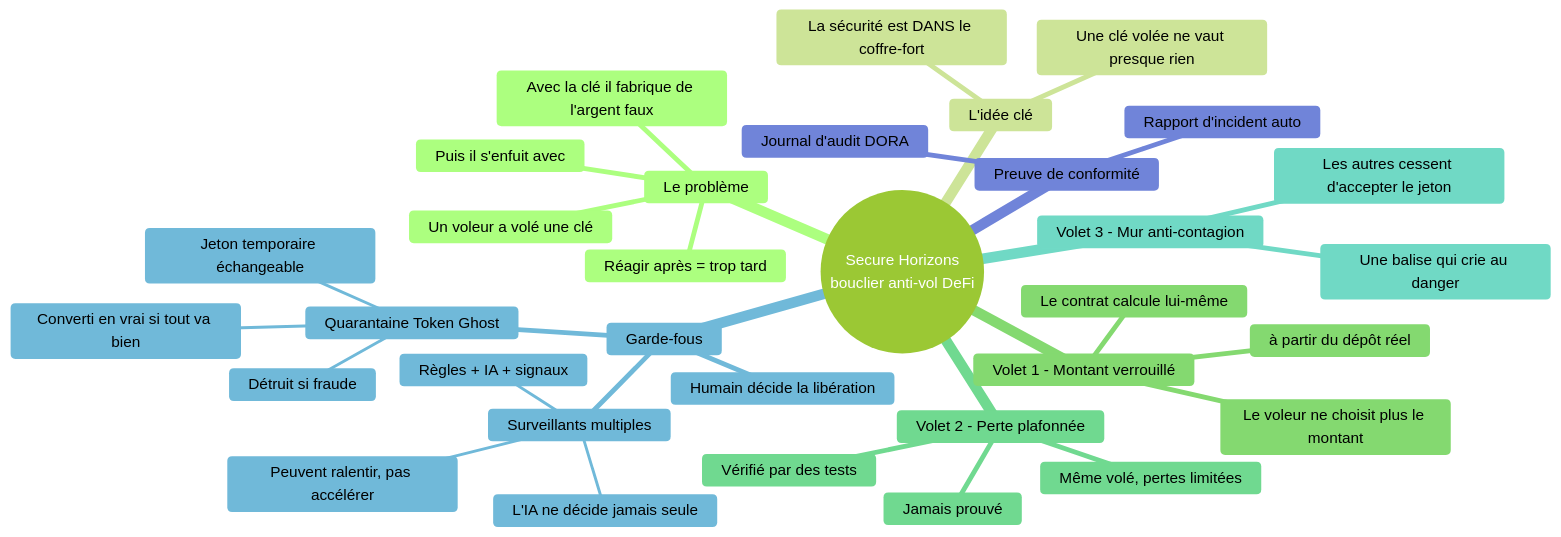
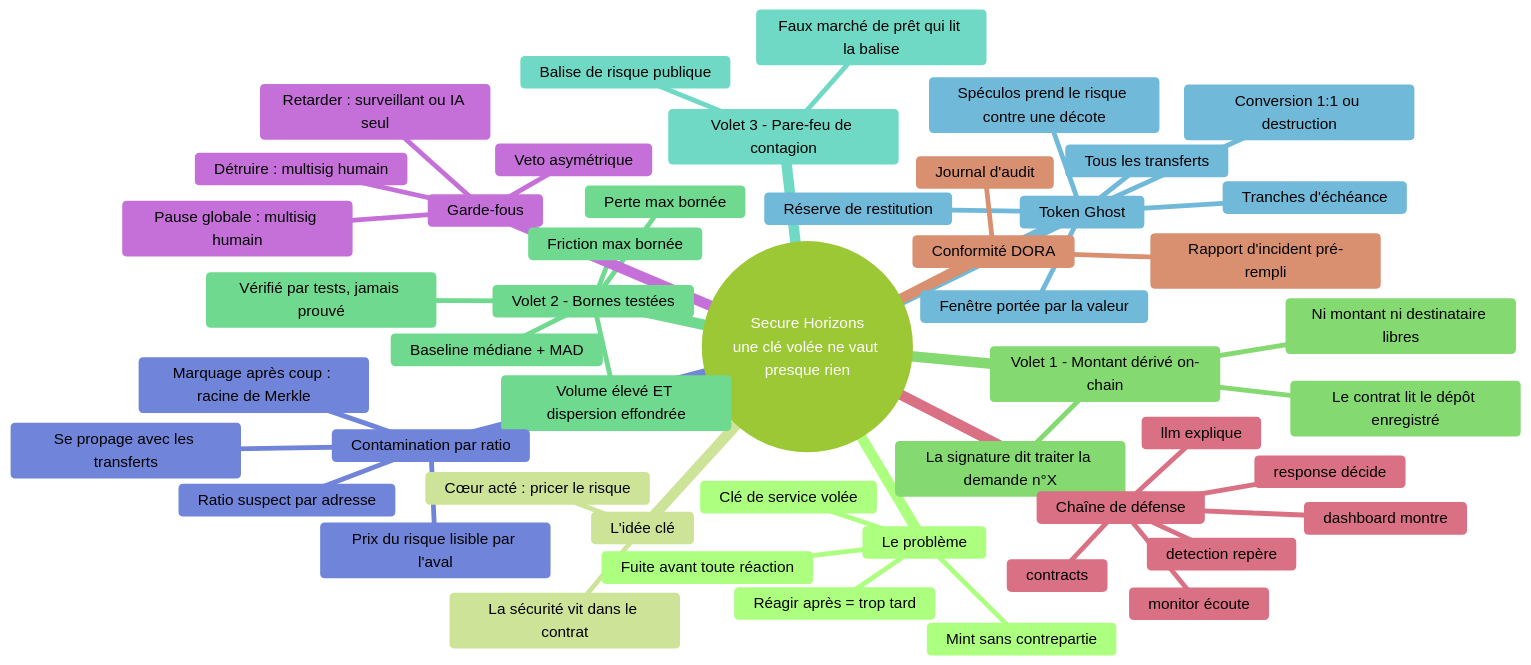
Before and after one commit to marceaupatu123/secure-horizons: the diagram in docs-site/mindmap.mmd, drawn with Mermaid (forest theme). The commit also changed 29 other files, not shown here.

```diff
--- a/docs-site/mindmap.mmd
+++ b/docs-site/mindmap.mmd
@@ -1,34 +1,50 @@
 mindmap
-  root((Secure Horizons<br/>bouclier anti-vol DeFi))
+  root((Secure Horizons<br/>une clé volée ne vaut presque rien))
     Le problème
-      Un voleur a volé une clé
-      Avec la clé il fabrique de l'argent faux
-      Puis il s'enfuit avec
+      Clé de service volée
+      Mint sans contrepartie
+      Fuite avant toute réaction
       Réagir après = trop tard
     L'idée clé
-      La sécurité est DANS le coffre-fort
-      Une clé volée ne vaut presque rien
-    Volet 1 - Montant verrouillé
-      Le voleur ne choisit plus le montant
-      Le contrat calcule lui-même
-      à partir du dépôt réel
-    Volet 2 - Perte plafonnée
-      Même volé, pertes limitées
-      Vérifié par des tests
-      Jamais prouvé
-    Volet 3 - Mur anti-contagion
-      Une balise qui crie au danger
-      Les autres cessent d'accepter le jeton
+      La sécurité vit dans le contrat
+      Cœur acté : pricer le risque
+    Volet 1 - Montant dérivé on-chain
+      La signature dit traiter la demande n°X
+      Le contrat lit le dépôt enregistré
+      Ni montant ni destinataire libres
+    Volet 2 - Bornes testées
+      Perte max bornée
+      Friction max bornée
+      Baseline médiane + MAD
+      Volume élevé ET dispersion effondrée
+      Vérifié par tests, jamais prouvé
+    Volet 3 - Pare-feu de contagion
+      Balise de risque publique
+      Faux marché de prêt qui lit la balise
+    Token Ghost
+      Tous les transferts
+      Fenêtre portée par la valeur
+      Tranches d'échéance
+      Conversion 1:1 ou destruction
+      Réserve de restitution
+      Spéculos prend le risque contre une décote
+    Contamination par ratio
+      Ratio suspect par adresse
+      Se propage avec les transferts
+      Prix du risque lisible par l'aval
+      Marquage après coup : racine de Merkle
     Garde-fous
-      Quarantaine Token Ghost
-        Jeton temporaire échangeable
-        Converti en vrai si tout va bien
-        Détruit si fraude
-      Surveillants multiples
-        Règles + IA + signaux
-        Peuvent ralentir, pas accélérer
-        L'IA ne décide jamais seule
-      Humain décide la libération
-    Preuve de conformité
-      Journal d'audit DORA
-      Rapport d'incident auto
+      Retarder : surveillant ou IA seul
+      Détruire : multisig humain
+      Pause globale : multisig humain
+      Veto asymétrique
+    Chaîne de défense
+      contracts
+      monitor écoute
+      detection repère
+      response décide
+      llm explique
+      dashboard montre
+    Conformité DORA
+      Journal d'audit
+      Rapport d'incident pré-rempli
```
